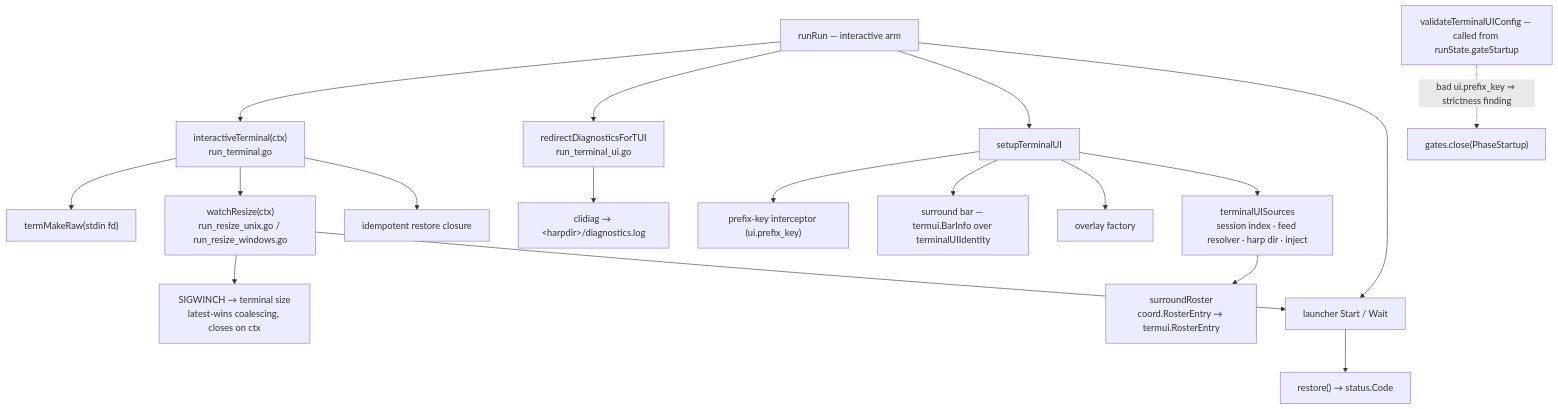
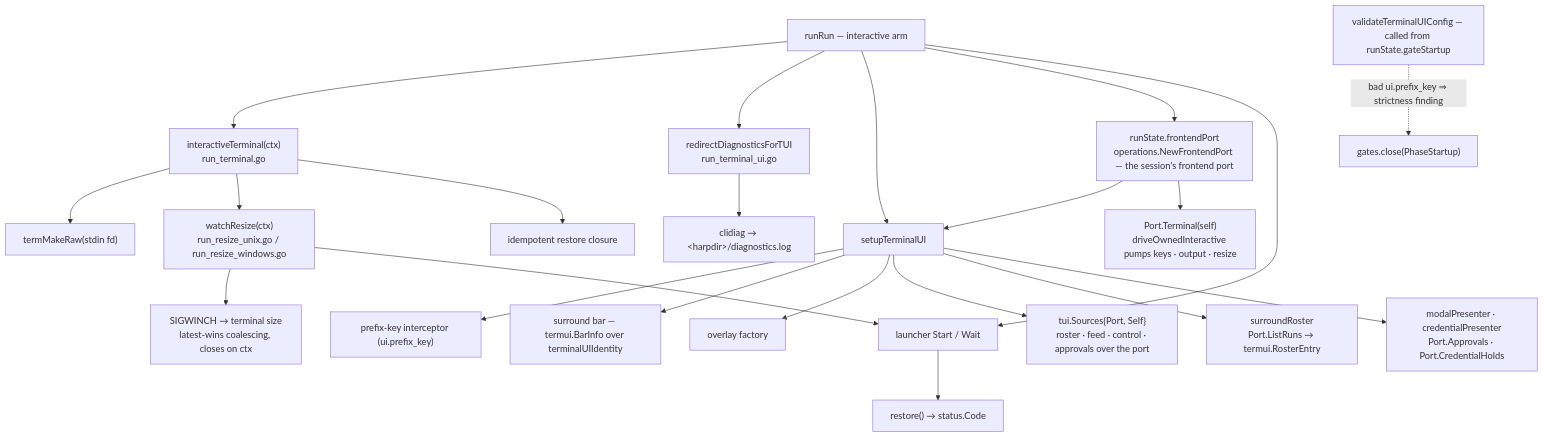
One commit to ctxloom/ctxloom changed the first of 2 diagrams in docs/architecture/cli/terminal-and-prompts.md. Above: the diagram before and after it, drawn with Mermaid. The commit also changed other lines of this file and 5 other files, not shown here.

First line of the commit message:
docs(architecture): the frontend port

````diff
--- a/docs/architecture/cli/terminal-and-prompts.md
+++ b/docs/architecture/cli/terminal-and-prompts.md
@@ -13,25 +13,29 @@
 ```mermaid
 flowchart TD
     RUNE["runRun — interactive arm"]
     RUNE --> IT["interactiveTerminal(ctx)<br/>run_terminal.go"]
     IT --> MR["termMakeRaw(stdin fd)"]
     IT --> WR["watchResize(ctx)<br/>run_resize_unix.go / run_resize_windows.go"]
     IT --> RESTORE["idempotent restore closure"]
     WR --> SIG["SIGWINCH → terminal size<br/>latest-wins coalescing, closes on ctx"]
 
     RUNE --> RD["redirectDiagnosticsForTUI<br/>run_terminal_ui.go"]
     RD --> LOG["clidiag → &lt;harpdir&gt;/diagnostics.log"]
     RUNE --> STU["setupTerminalUI"]
     STU --> PK["prefix-key interceptor (ui.prefix_key)"]
     STU --> BAR["surround bar — termui.BarInfo over terminalUIIdentity"]
     STU --> OV["overlay factory"]
-    STU --> SRC["terminalUISources<br/>session index · feed resolver · harp dir · inject"]
-    SRC --> ROSTER["surroundRoster<br/>coord.RosterEntry → termui.RosterEntry"]
+    RUNE --> FP["runState.frontendPort<br/>operations.NewFrontendPort — the session's frontend port"]
+    FP --> STU
+    STU --> SRC["tui.Sources{Port, Self}<br/>roster · feed · control · approvals over the port"]
+    STU --> ROSTER["surroundRoster<br/>Port.ListRuns → termui.RosterEntry"]
+    STU --> PRES["modalPresenter · credentialPresenter<br/>Port.Approvals · Port.CredentialHolds"]
+    FP --> TERM["Port.Terminal(self)<br/>driveOwnedInteractive pumps keys · output · resize"]
 
     RUNE --> LAUNCH["launcher Start / Wait"]
     WR --> LAUNCH
     LAUNCH --> EXIT["restore() → status.Code"]
 
     VAL["validateTerminalUIConfig — called from runState.gateStartup"]
     VAL -.->|"bad ui.prefix_key ⇒ strictness finding"| GATE["gates.close(PhaseStartup)"]
 ```
````
